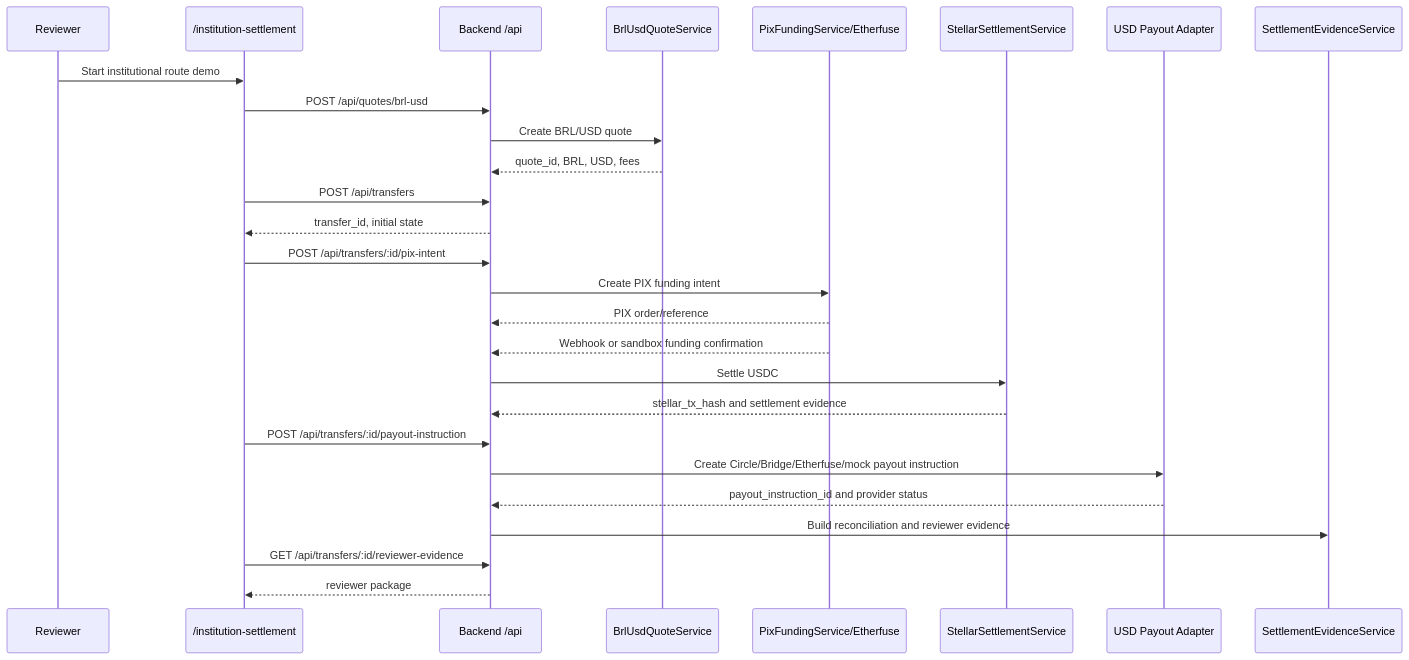
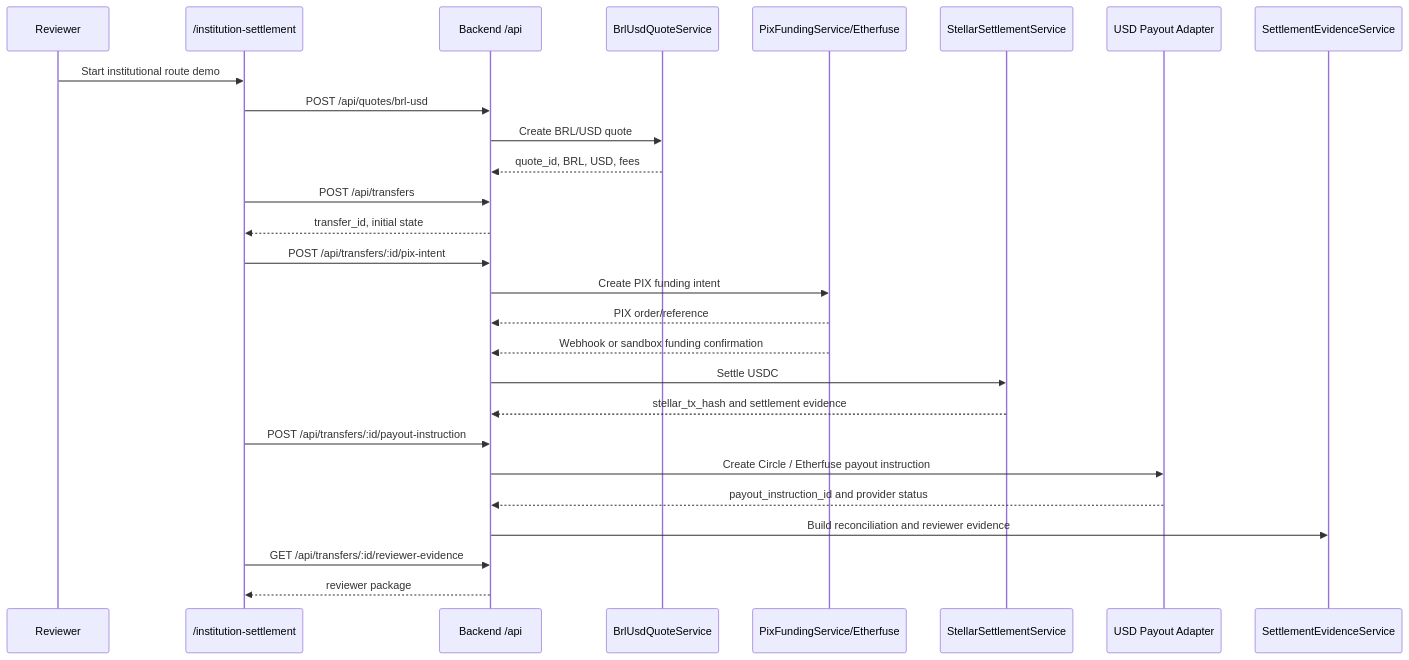
Before and after one commit to rbfcdog/talk-to-stellar: the first of 5 diagrams in docs/insta-awards/deliverables/deliverable-3/ARCHITECTURE-DIAGRAMS.md, drawn with Mermaid. The commit also changed other lines of this file and 5 other files, not shown here.

First line of the commit message:
docs: refactor architecture diagrams — Etherfuse + Circle, drop Bridge

````diff
--- a/docs/insta-awards/deliverables/deliverable-3/ARCHITECTURE-DIAGRAMS.md
+++ b/docs/insta-awards/deliverables/deliverable-3/ARCHITECTURE-DIAGRAMS.md
@@ -15,30 +15,30 @@
 ```mermaid
 sequenceDiagram
     participant Reviewer
     participant Frontend as /institution-settlement
     participant API as Backend /api
     participant Quote as BrlUsdQuoteService
     participant Pix as PixFundingService/Etherfuse
     participant Stellar as StellarSettlementService
     participant Payout as USD Payout Adapter
     participant Evidence as SettlementEvidenceService
 
     Reviewer->>Frontend: Start institutional route demo
     Frontend->>API: POST /api/quotes/brl-usd
     API->>Quote: Create BRL/USD quote
     Quote-->>API: quote_id, BRL, USD, fees
     Frontend->>API: POST /api/transfers
     API-->>Frontend: transfer_id, initial state
     Frontend->>API: POST /api/transfers/:id/pix-intent
     API->>Pix: Create PIX funding intent
     Pix-->>API: PIX order/reference
     Pix-->>API: Webhook or sandbox funding confirmation
     API->>Stellar: Settle USDC
     Stellar-->>API: stellar_tx_hash and settlement evidence
     Frontend->>API: POST /api/transfers/:id/payout-instruction
-    API->>Payout: Create Circle/Bridge/Etherfuse/mock payout instruction
+    API->>Payout: Create Circle / Etherfuse payout instruction
     Payout-->>API: payout_instruction_id and provider status
     API->>Evidence: Build reconciliation and reviewer evidence
     Frontend->>API: GET /api/transfers/:id/reviewer-evidence
     API-->>Frontend: reviewer package
 ```
````
